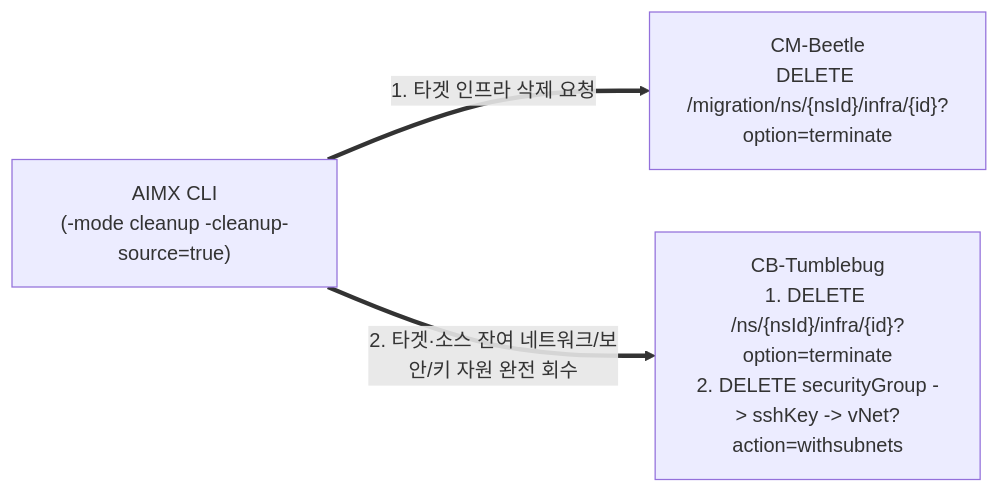
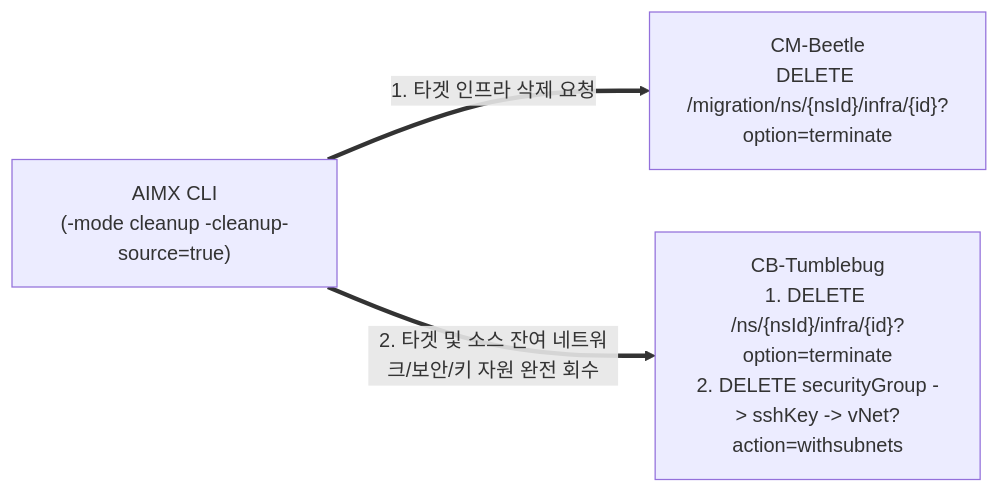
Before and after one commit to cloud-barista/cm-beetle: the tenth of 15 diagrams in docs/poc/ai-service-migration-design.md, drawn with Mermaid. The commit also changed other lines of this file and 8 other files, not shown here.

````diff
--- a/docs/poc/ai-service-migration-design.md
+++ b/docs/poc/ai-service-migration-design.md
@@ -345,9 +345,9 @@
 ```mermaid
 flowchart LR
     C["AIMX CLI\n(-mode cleanup -cleanup-source=true)"]
     BT["CM-Beetle\nDELETE /migration/ns/{nsId}/infra/{id}?option=terminate"]
     TB["CB-Tumblebug\n1. DELETE /ns/{nsId}/infra/{id}?option=terminate\n2. DELETE securityGroup -> sshKey -> vNet?action=withsubnets"]
 
     C ==>|"1. 타겟 인프라 삭제 요청"| BT
-    C ==>|"2. 타겟·소스 잔여 네트워크/보안/키 자원 완전 회수"| TB
+    C ==>|"2. 타겟 및 소스 잔여 네트워크/보안/키 자원 완전 회수"| TB
 ```
````
